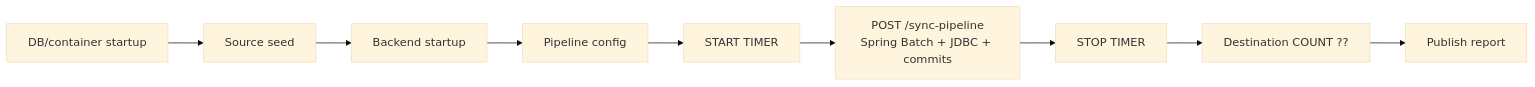
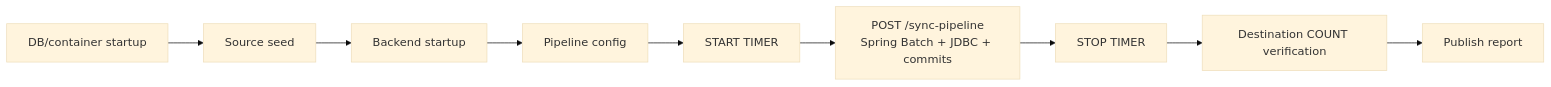
One commit to tibame201020/IrisPipe changed the second of 3 diagrams in quarto/zh-TW/performance.qmd. Above: the diagram before and after it, drawn with Mermaid (base theme). The commit also changed other lines of this file and 8 other files, not shown here.

Commit message:
docs: clarify full benchmark methodology and charts

````diff
--- a/quarto/zh-TW/performance.qmd
+++ b/quarto/zh-TW/performance.qmd
@@ -88,4 +128,4 @@
 ```{mermaid}
 flowchart LR
-  A["DB/container startup"] --> B["Source seed"] --> C["Backend startup"] --> D["Pipeline config"] --> E["START TIMER"] --> F["POST /sync-pipeline\nSpring Batch + JDBC + commits"] --> G["STOP TIMER"] --> H["Destination COUNT ??"] --> I["Publish report"]
+  A["DB/container startup"] --> B["Source seed"] --> C["Backend startup"] --> D["Pipeline config"] --> E["START TIMER"] --> F["POST /sync-pipeline<br/>Spring Batch + JDBC + commits"] --> G["STOP TIMER"] --> H["Destination COUNT verification"] --> I["Publish report"]
 ```
````
